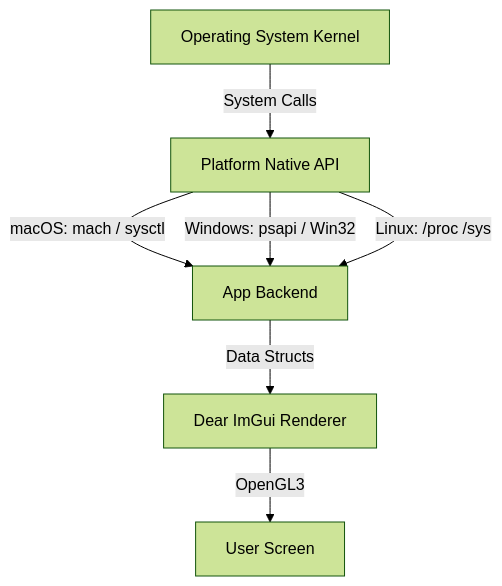
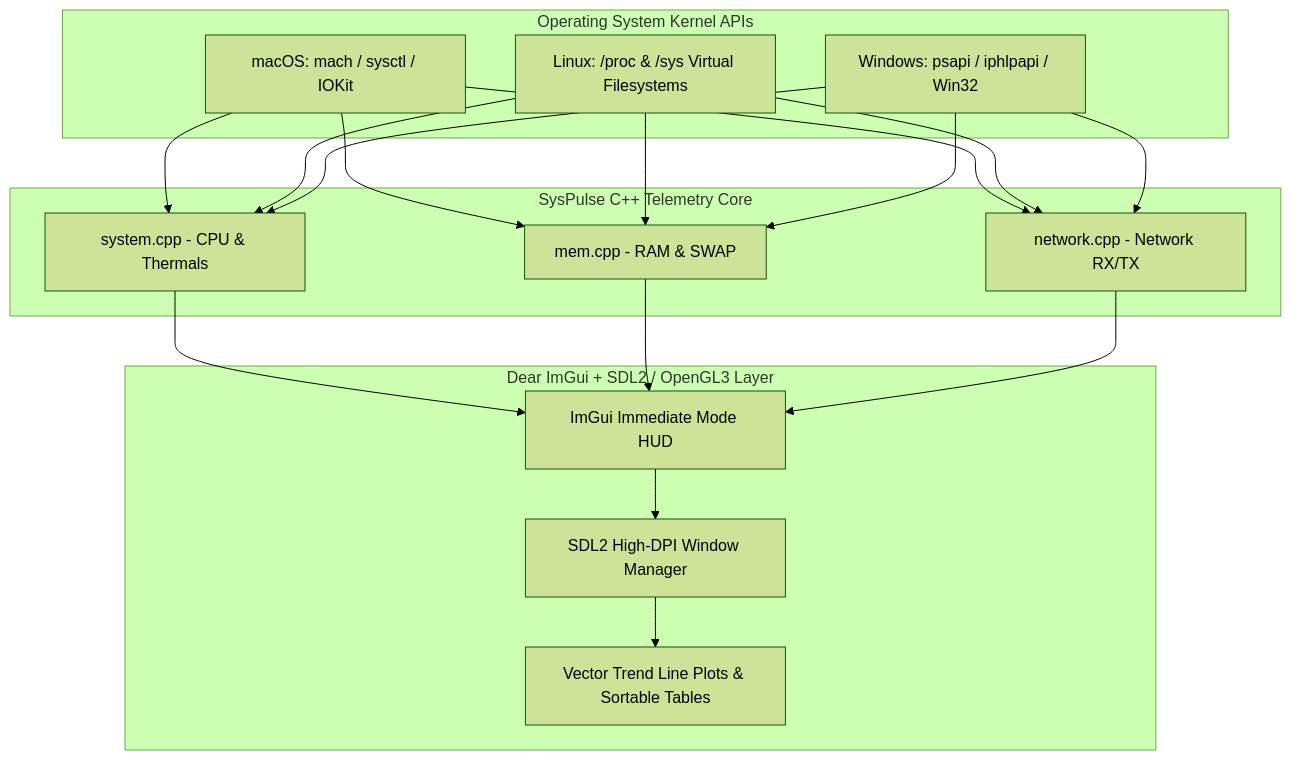
The first of 2 diagrams in README.md (sahmedhusain/syspulse), drawn with Mermaid (forest theme) before and after one commit. The commit also changed other lines of this file and 2 other files, not shown here.

Commit message:
rebrand: Rename project to SysPulse and add standardized documentation

````diff
--- a/README.md
+++ b/README.md
@@ -84,10 +38,24 @@
 ```mermaid
-flowchart TD
-    OS[Operating System Kernel] -->|System Calls| API[Platform Native API]
-    API -->|macOS: mach / sysctl| Backend[App Backend]
-    API -->|Windows: psapi / Win32| Backend
-    API -->|Linux: /proc /sys| Backend
-    
-    Backend -->|Data Structs| Engine[Dear ImGui Renderer]
-    Engine -->|OpenGL3| Display[User Screen]
+graph TD
+    subgraph OSKernel["Operating System Kernel APIs"]
+        macOS["macOS: mach / sysctl / IOKit"]
+        Linux["Linux: /proc & /sys Virtual Filesystems"]
+        Win32["Windows: psapi / iphlpapi / Win32"]
+    end
+
+    subgraph Core["SysPulse C++ Telemetry Core"]
+        SystemMod[system.cpp - CPU & Thermals]
+        MemMod[mem.cpp - RAM & SWAP]
+        NetMod[network.cpp - Network RX/TX]
+    end
+
+    subgraph UI["Dear ImGui + SDL2 / OpenGL3 Layer"]
+        Window[SDL2 High-DPI Window Manager]
+        ImGuiEngine[ImGui Immediate Mode HUD]
+        Graphs[Vector Trend Line Plots & Sortable Tables]
+    end
+
+    macOS & Linux & Win32 --> SystemMod & MemMod & NetMod
+    SystemMod & MemMod & NetMod --> ImGuiEngine
+    ImGuiEngine --> Window --> Graphs
 ```
````
